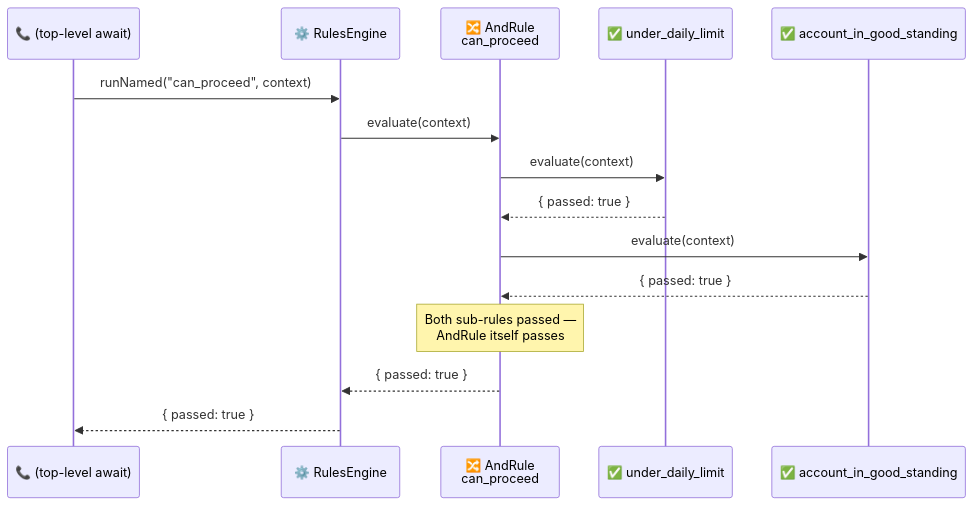
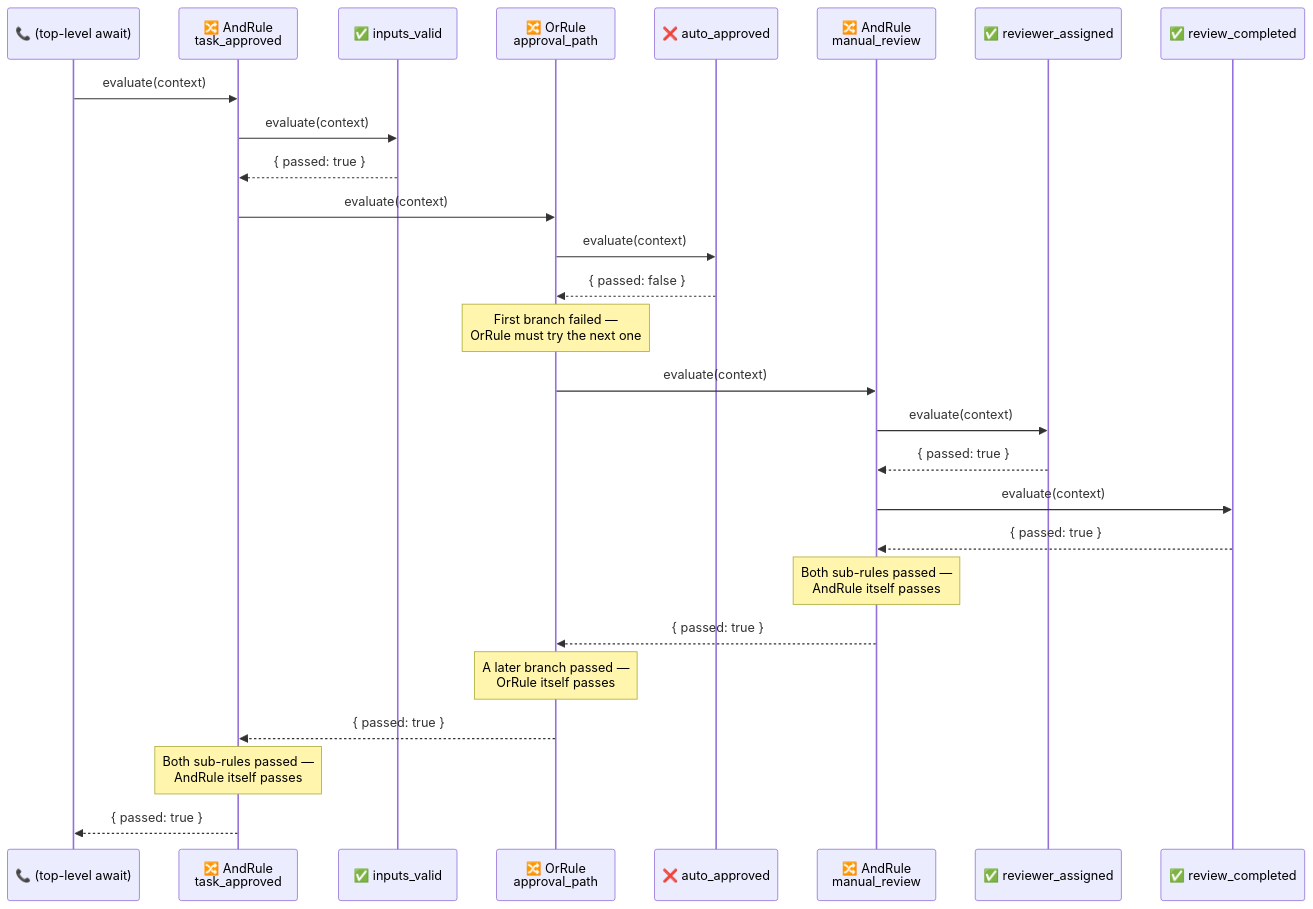
Before and after one commit to pawan-vyas/verdict-rules: the diagram in js/packages/verdict-rules/docs/quickstart.md, drawn with Mermaid. The commit also changed other lines of this file and 9 other files, not shown here.

````diff
--- a/js/packages/verdict-rules/docs/quickstart.md
+++ b/js/packages/verdict-rules/docs/quickstart.md
@@ -71,18 +105,30 @@
 ```mermaid
 sequenceDiagram
     participant Caller as 📞 (top-level await)
-    participant Engine as ⚙️ RulesEngine
-    participant Combo as 🔀 AndRule<br/>can_proceed
-    participant R1 as ✅ under_daily_limit
-    participant R2 as ✅ account_in_good_standing
+    participant Top as 🔀 AndRule<br/>task_approved
+    participant R1 as ✅ inputs_valid
+    participant Path as 🔀 OrRule<br/>approval_path
+    participant R2 as ❌ auto_approved
+    participant Manual as 🔀 AndRule<br/>manual_review
+    participant R3 as ✅ reviewer_assigned
+    participant R4 as ✅ review_completed
 
-    Caller->>Engine: runNamed("can_proceed", context)
-    Engine->>Combo: evaluate(context)
-    Combo->>R1: evaluate(context)
-    R1-->>Combo: { passed: true }
-    Combo->>R2: evaluate(context)
-    R2-->>Combo: { passed: true }
-    Note over Combo: Both sub-rules passed —<br/>AndRule itself passes
-    Combo-->>Engine: { passed: true }
-    Engine-->>Caller: { passed: true }
+    Caller->>Top: evaluate(context)
+    Top->>R1: evaluate(context)
+    R1-->>Top: { passed: true }
+    Top->>Path: evaluate(context)
+    Path->>R2: evaluate(context)
+    R2-->>Path: { passed: false }
+    Note over Path: First branch failed —<br/>OrRule must try the next one
+    Path->>Manual: evaluate(context)
+    Manual->>R3: evaluate(context)
+    R3-->>Manual: { passed: true }
+    Manual->>R4: evaluate(context)
+    R4-->>Manual: { passed: true }
+    Note over Manual: Both sub-rules passed —<br/>AndRule itself passes
+    Manual-->>Path: { passed: true }
+    Note over Path: A later branch passed —<br/>OrRule itself passes
+    Path-->>Top: { passed: true }
+    Note over Top: Both sub-rules passed —<br/>AndRule itself passes
+    Top-->>Caller: { passed: true }
 ```
````
